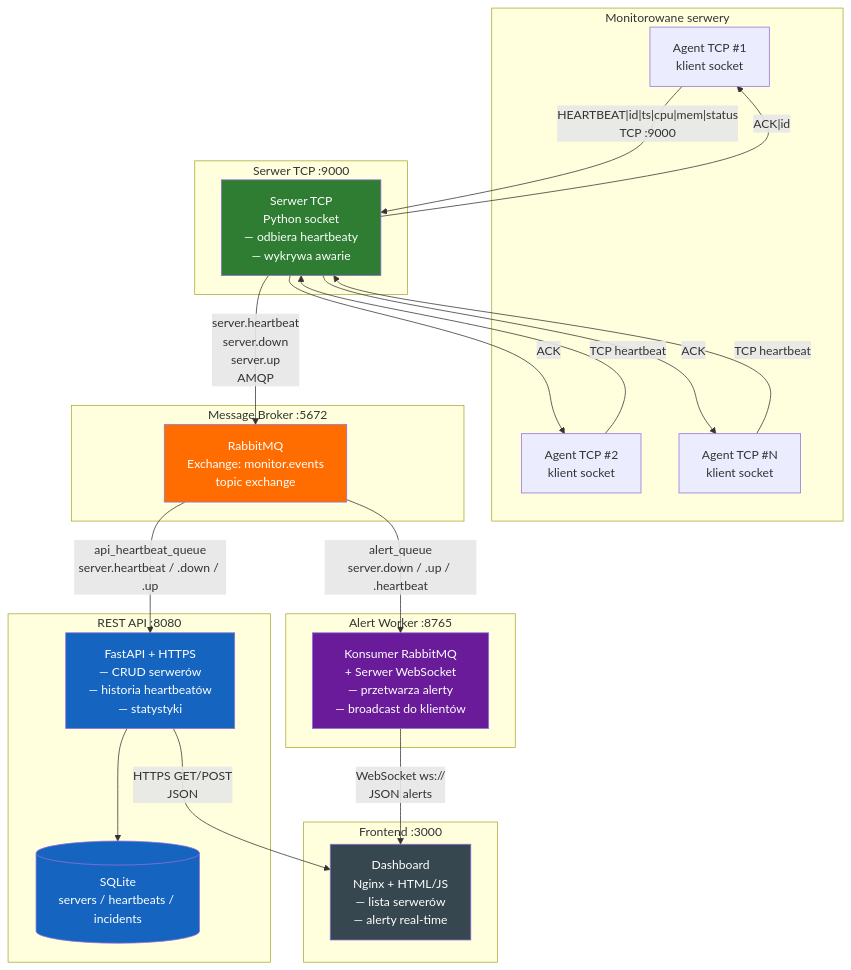
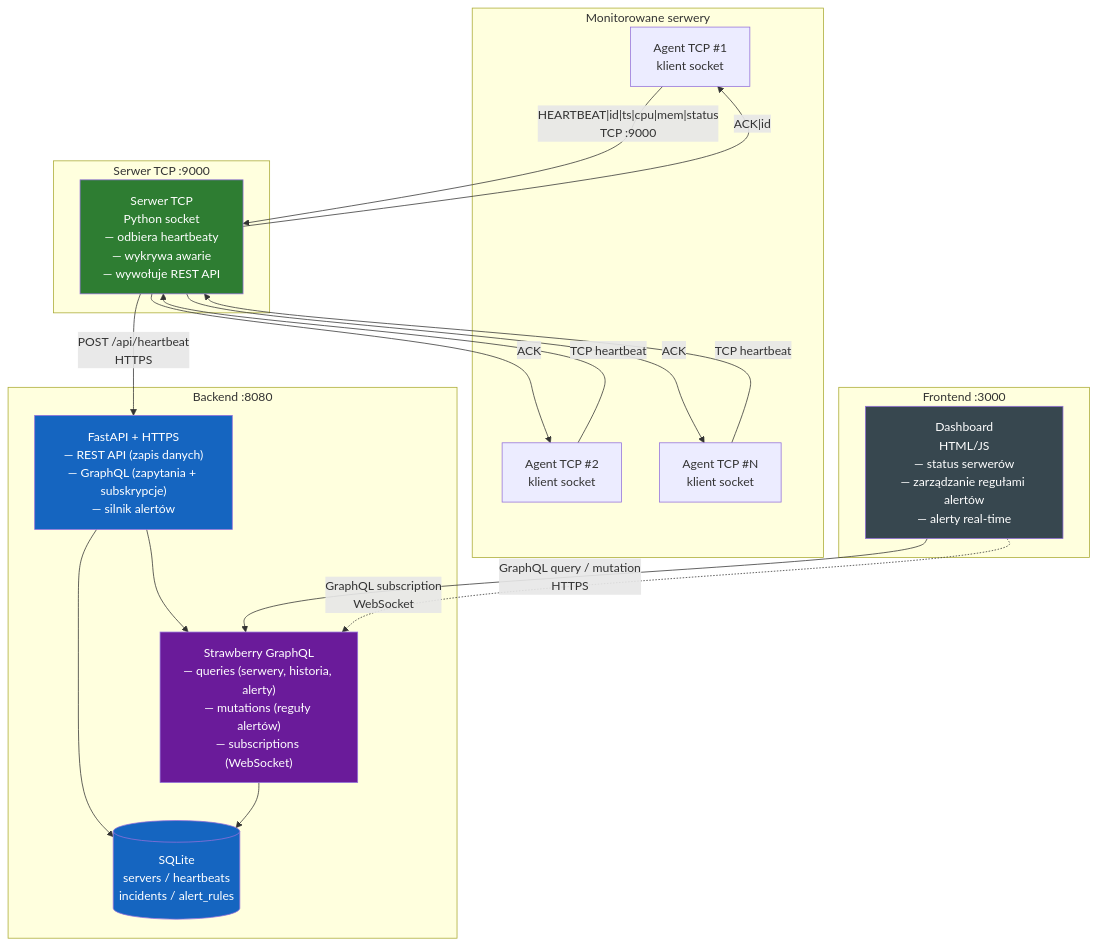
One commit to MakaronToja2/web_applications_vizja changed the diagram in docs/architecture.md. Above: the diagram before and after it, drawn with Mermaid. The commit also changed other lines of this file and 4 other files, not shown here.

````diff
--- a/docs/architecture.md
+++ b/docs/architecture.md
@@ -15,52 +15,43 @@
 ```mermaid
 graph TD
-    subgraph Monitorowane serwery
-        A1[Agent TCP #1<br/>klient socket]
-        A2[Agent TCP #2<br/>klient socket]
-        A3[Agent TCP #N<br/>klient socket]
+    subgraph "Monitorowane serwery"
+        A1["Agent TCP #1<br/>klient socket"]
+        A2["Agent TCP #2<br/>klient socket"]
+        A3["Agent TCP #N<br/>klient socket"]
     end
 
     subgraph "Serwer TCP :9000"
-        TS[Serwer TCP<br/>Python socket<br/>— odbiera heartbeaty<br/>— wykrywa awarie]
+        TS["Serwer TCP<br/>Python socket<br/>— odbiera heartbeaty<br/>— wykrywa awarie<br/>— wywołuje REST API"]
     end
 
-    subgraph "Message Broker :5672"
-        RMQ[RabbitMQ<br/>Exchange: monitor.events<br/>topic exchange]
-    end
-
-    subgraph "REST API :8080"
-        API[FastAPI + HTTPS<br/>— CRUD serwerów<br/>— historia heartbeatów<br/>— statystyki]
-        DB[(SQLite<br/>servers / heartbeats / incidents)]
-    end
-
-    subgraph "Alert Worker :8765"
-        AW[Konsumer RabbitMQ<br/>+ Serwer WebSocket<br/>— przetwarza alerty<br/>— broadcast do klientów]
+    subgraph "Backend :8080"
+        API["FastAPI + HTTPS<br/>— REST API (zapis danych)<br/>— GraphQL (zapytania + subskrypcje)<br/>— silnik alertów"]
+        GQL["Strawberry GraphQL<br/>— queries (serwery, historia, alerty)<br/>— mutations (reguły alertów)<br/>— subscriptions (WebSocket)"]
+        DB[("SQLite<br/>servers / heartbeats<br/>incidents / alert_rules")]
     end
 
     subgraph "Frontend :3000"
-        DASH[Dashboard<br/>Nginx + HTML/JS<br/>— lista serwerów<br/>— alerty real-time]
+        DASH["Dashboard<br/>HTML/JS<br/>— status serwerów<br/>— zarządzanie regułami alertów<br/>— alerty real-time"]
     end
 
     A1 -- "HEARTBEAT|id|ts|cpu|mem|status<br/>TCP :9000" --> TS
     A2 -- "TCP heartbeat" --> TS
     A3 -- "TCP heartbeat" --> TS
     TS -- "ACK|id" --> A1
     TS -- "ACK" --> A2
     TS -- "ACK" --> A3
 
-    TS -- "server.heartbeat<br/>server.down<br/>server.up<br/>AMQP" --> RMQ
-
-    RMQ -- "api_heartbeat_queue<br/>server.heartbeat / .down / .up" --> API
-    RMQ -- "alert_queue<br/>server.down / .up / .heartbeat" --> AW
+    TS -- "POST /api/heartbeat<br/>HTTPS" --> API
 
     API --> DB
-    API -- "HTTPS GET/POST<br/>JSON" --> DASH
-    AW -- "WebSocket ws://<br/>JSON alerts" --> DASH
+    API --> GQL
+    GQL --> DB
+    DASH -- "GraphQL query / mutation<br/>HTTPS" --> GQL
+    DASH -. "GraphQL subscription<br/>WebSocket" .-> GQL
 
-    style RMQ fill:#ff6d00,color:#fff
     style API fill:#1565c0,color:#fff
-    style AW fill:#6a1b9a,color:#fff
+    style GQL fill:#6a1b9a,color:#fff
     style TS fill:#2e7d32,color:#fff
     style DASH fill:#37474f,color:#fff
     style DB fill:#1565c0,color:#fff
 ```
````
